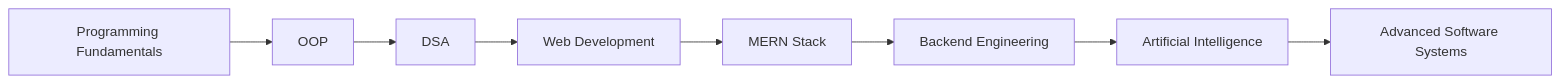
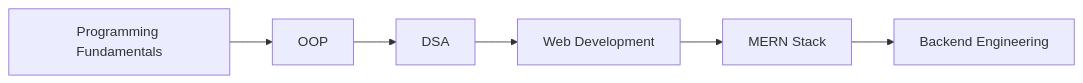
The diagram in README.md (zaeemulhassan12/zaeemulhassan12), drawn with Mermaid before and after one commit. The commit also changed other lines of this file, not shown here.

Commit message:
Revise focus areas and update badges in README
Updated current focus areas and removed AI badge.

````diff
--- a/README.md
+++ b/README.md
@@ -129,10 +129,9 @@
 ```mermaid
 graph LR
 A[Programming Fundamentals] --> B[OOP]
 B --> C[DSA]
 C --> D[Web Development]
 D --> E[MERN Stack]
 E --> F[Backend Engineering]
-F --> G[Artificial Intelligence]
-G --> H[Advanced Software Systems]
+
 ```
````
